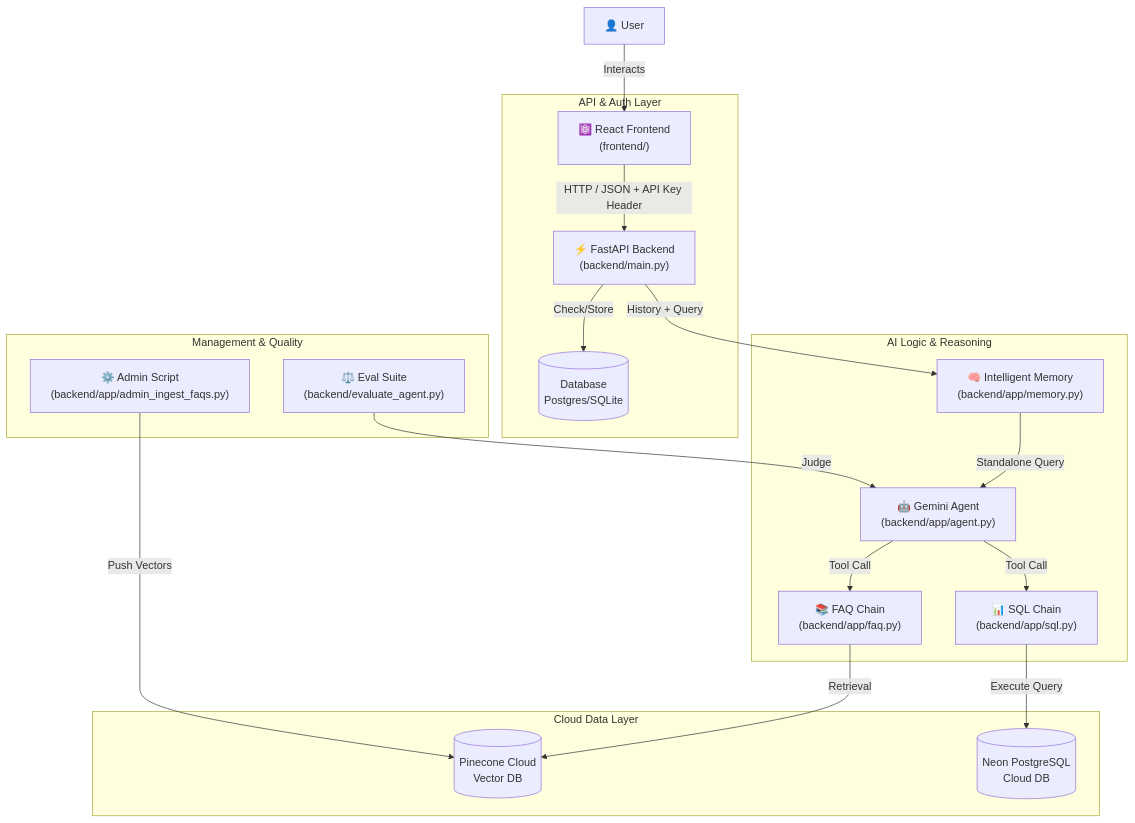
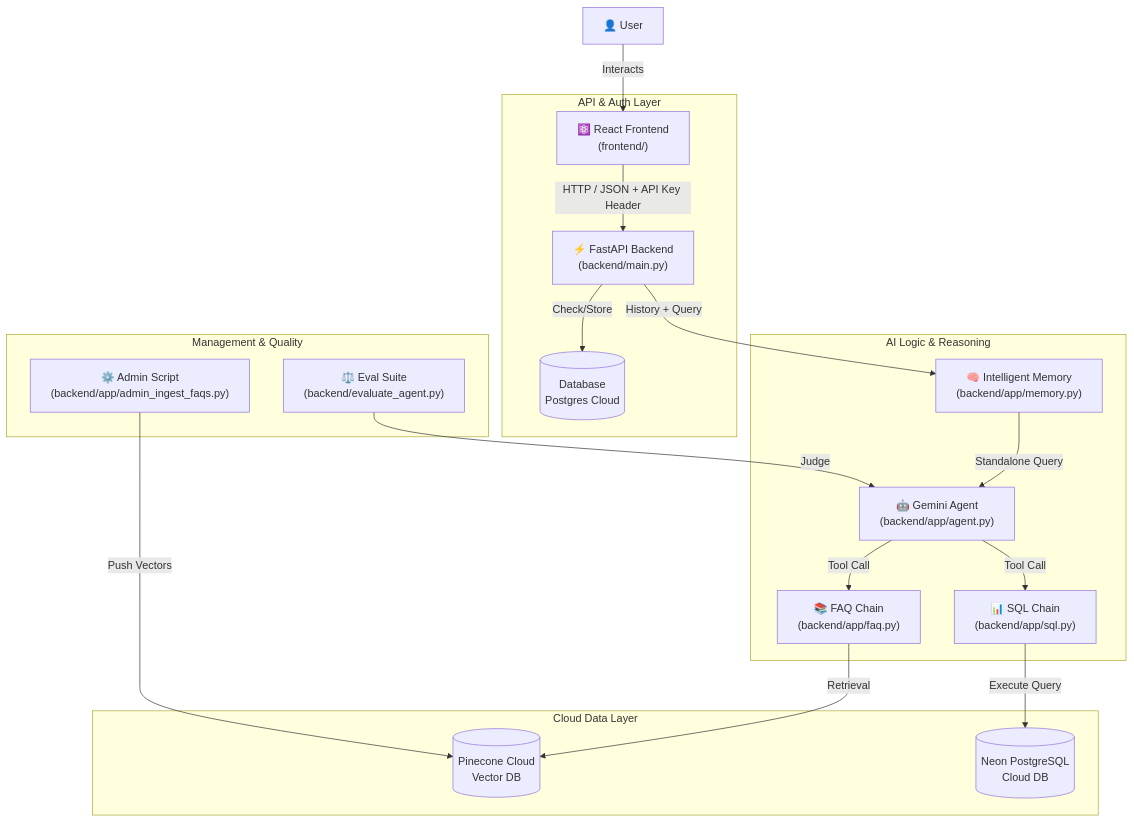
The diagram in README.md (VIVPM/ecommerce-agent), drawn with Mermaid before and after one commit. The commit also changed other lines of this file and 3 other files, not shown here.

````diff
--- a/README.md
+++ b/README.md
@@ -24,32 +24,32 @@
 ```mermaid
 graph TD
     %% Frontend
     User[👤 User] -->|Interacts| React["⚛️ React Frontend<br>(frontend/)"]
     
     %% Auth & API Layer
     subgraph API_Layer [API & Auth Layer]
         React -->|HTTP / JSON + API Key Header| FastAPI["⚡ FastAPI Backend<br>(backend/main.py)"]
-        FastAPI -->|Check/Store| DB[(Database<br>Postgres/SQLite)]
+        FastAPI -->|Check/Store| DB[(Database<br>Postgres Cloud)]
     end
     
     %% Logic Layer
     subgraph Backend_Logic [AI Logic & Reasoning]
         FastAPI -->|History + Query| Memory["🧠 Intelligent Memory<br>(backend/app/memory.py)"]
         Memory -->|Standalone Query| Agent["🤖 Gemini Agent<br>(backend/app/agent.py)"]
         
         Agent -->|Tool Call| FAQ["📚 FAQ Chain<br>(backend/app/faq.py)"]
         Agent -->|Tool Call| SQL["📊 SQL Chain<br>(backend/app/sql.py)"]
     end
 
     %% Data Layer
     subgraph Cloud_Storage [Cloud Data Layer]
         FAQ -->|Retrieval| Pinecone[(Pinecone Cloud<br>Vector DB)]
         SQL -->|Execute Query| Neon[(Neon PostgreSQL<br>Cloud DB)]
     end
 
     %% Admin & Eval
     subgraph Management [Management & Quality]
         AdminScript["⚙️ Admin Script<br>(backend/app/admin_ingest_faqs.py)"] -->|Push Vectors| Pinecone
         EvalSuite["⚖️ Eval Suite<br>(backend/evaluate_agent.py)"] -->|Judge| Agent
     end
 ```
````
